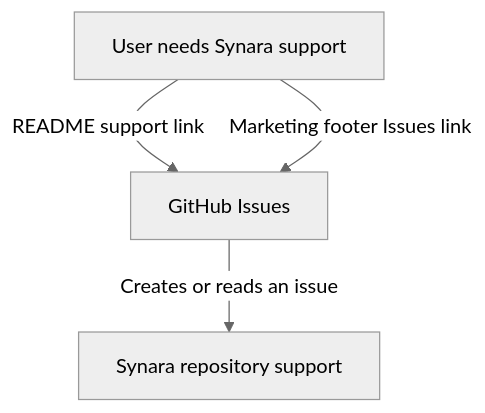
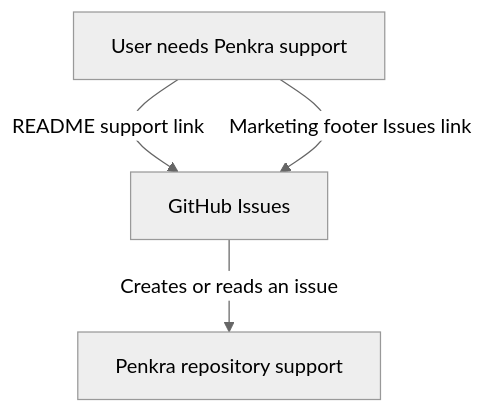
One commit to penkrahq/penkra changed the diagram in docs/RECAP-discord-support-link.md. Above: the diagram before and after it, drawn with Mermaid (neutral theme). The commit also changed other lines of this file and 1231 other files, not shown here.

````diff
--- a/docs/RECAP-discord-support-link.md
+++ b/docs/RECAP-discord-support-link.md
@@ -49,6 +49,6 @@
 ```mermaid
 flowchart TD
-    A[User needs Synara support] -->|README support link| B[GitHub Issues]
+    A[User needs Penkra support] -->|README support link| B[GitHub Issues]
     A -->|Marketing footer Issues link| B
-    B -->|Creates or reads an issue| C[Synara repository support]
+    B -->|Creates or reads an issue| C[Penkra repository support]
 ```
````
